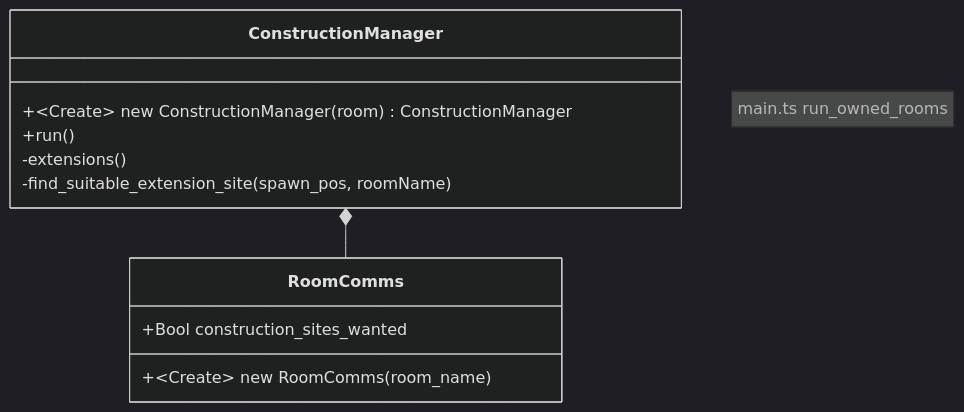
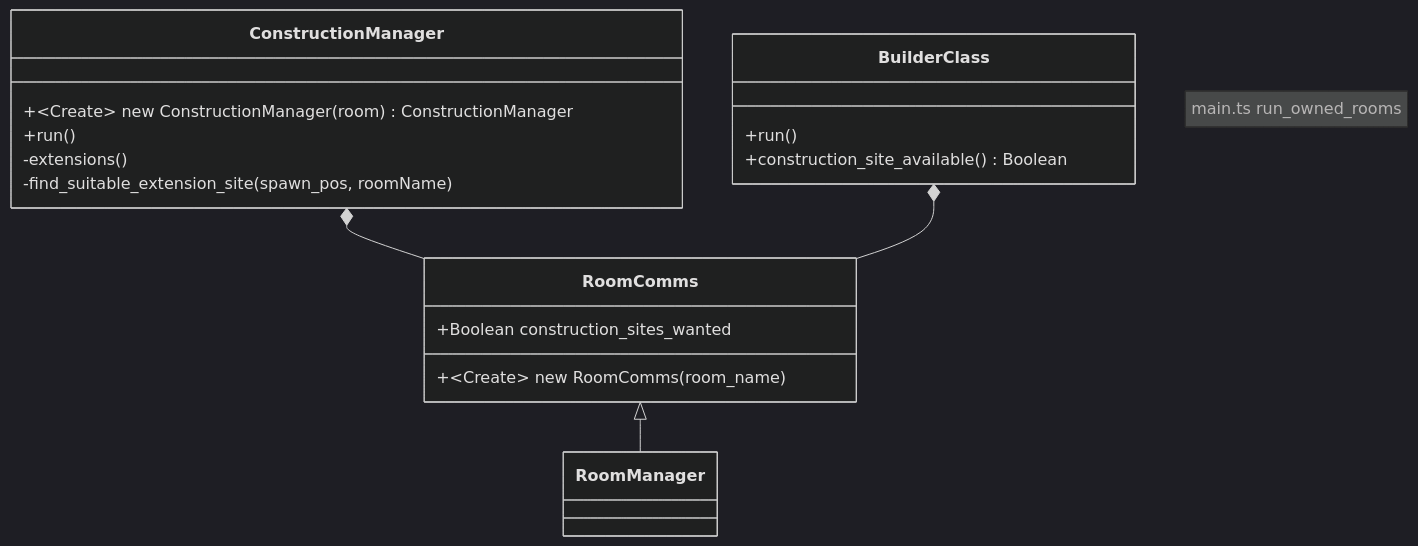
Before and after one commit to Jeroendevr/-Screeps_AI_TS_Jest: the diagram in docs/comms.md, drawn with Mermaid (dark theme). The commit also changed other lines of this file and 2 other files, not shown here.

Commit message:
first 6 extensions

````diff
--- a/docs/comms.md
+++ b/docs/comms.md
@@ -5,18 +5,28 @@
 ```{mermaid}
 classDiagram
     note "main.ts run_owned_rooms"
     ConstructionManager *-- RoomComms
+    BuilderClass *-- RoomComms
+    RoomComms <|-- RoomManager
 
     class ConstructionManager {
         +~Create~ new ConstructionManager(room) ConstructionManager
         +run()
         -extensions()
         -find_suitable_extension_site(spawn_pos, roomName)
     }
 
+    class RoomManager {
+
+    }
     class RoomComms{
-        +Bool construction_sites_wanted
+        +Boolean construction_sites_wanted
         +~Create~ new RoomComms(room_name)
 
     }
+
+    class BuilderClass {
+        +run()
+        +construction_site_available() Boolean
+    }
 ```
````
